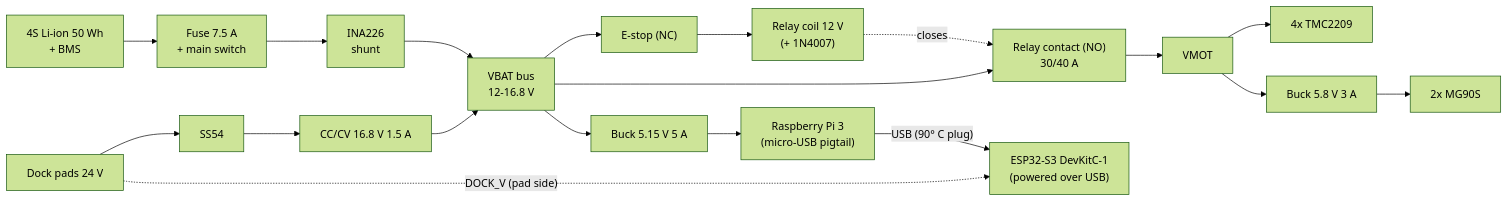
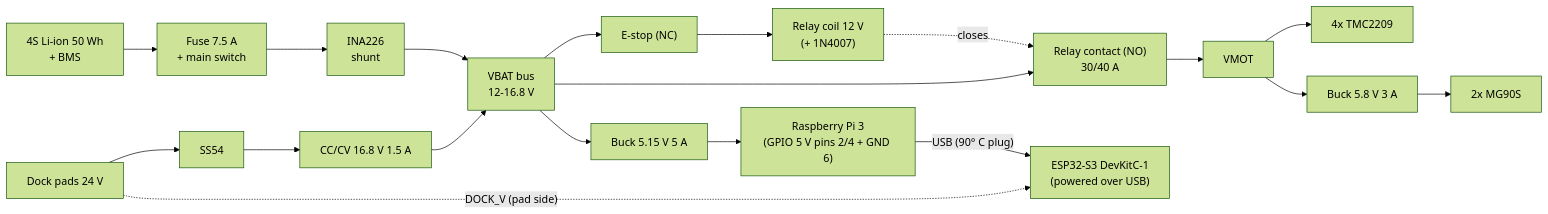
The diagram in docs/spec/02-electrical.md (freethought101/RackBotGen3), drawn with Mermaid (forest theme) before and after one commit. The commit also changed other lines of this file and 72 other files, not shown here.

````diff
--- a/docs/spec/02-electrical.md
+++ b/docs/spec/02-electrical.md
@@ -19,13 +19,13 @@
 ```mermaid
 flowchart LR
   BAT["4S Li-ion 50 Wh\n+ BMS"] --> F["Fuse 7.5 A\n+ main switch"] --> INA["INA226\nshunt"] --> BUS["VBAT bus\n12-16.8 V"]
   DOCK["Dock pads 24 V"] --> D["SS54"] --> CHG["CC/CV 16.8 V 1.5 A"] --> BUS
   DOCK -. "DOCK_V (pad side)" .-> ESP
   BUS --> ES["E-stop (NC)"] --> K["Relay coil 12 V\n(+ 1N4007)"]
   BUS --> KC["Relay contact (NO)\n30/40 A"] --> VMOT["VMOT"]
   K -. "closes" .-> KC
   VMOT --> TMC["4x TMC2209"]
   VMOT --> B6["Buck 5.8 V 3 A"] --> SERVO["2x MG90S"]
-  BUS --> B5["Buck 5.15 V 5 A"] --> PI["Raspberry Pi 3\n(micro-USB pigtail)"]
+  BUS --> B5["Buck 5.15 V 5 A"] --> PI["Raspberry Pi 3\n(GPIO 5 V pins 2/4 + GND 6)"]
   PI -- "USB (90° C plug)" --> ESP["ESP32-S3 DevKitC-1\n(powered over USB)"]
 ```
````
